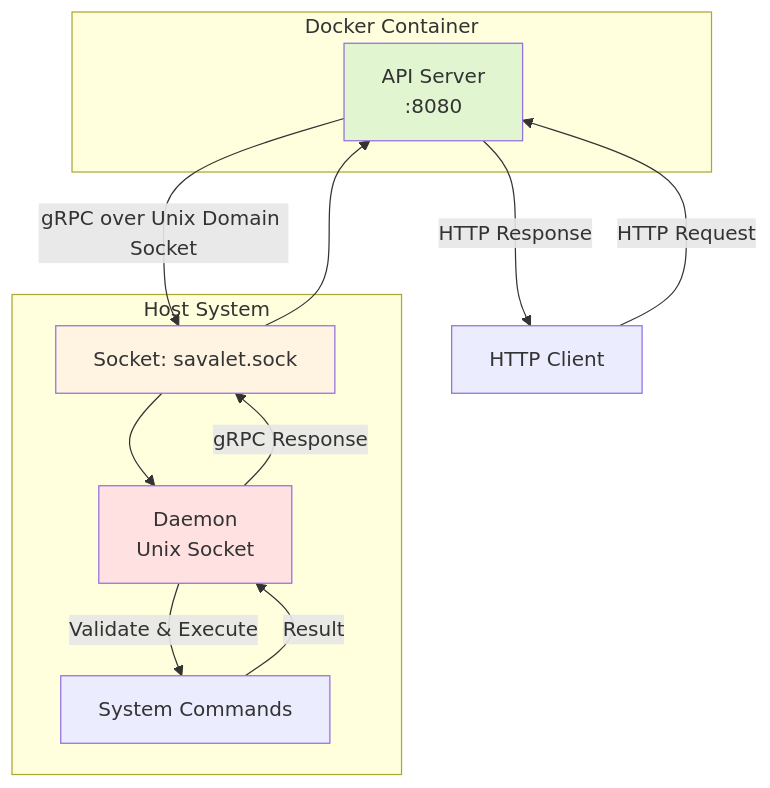
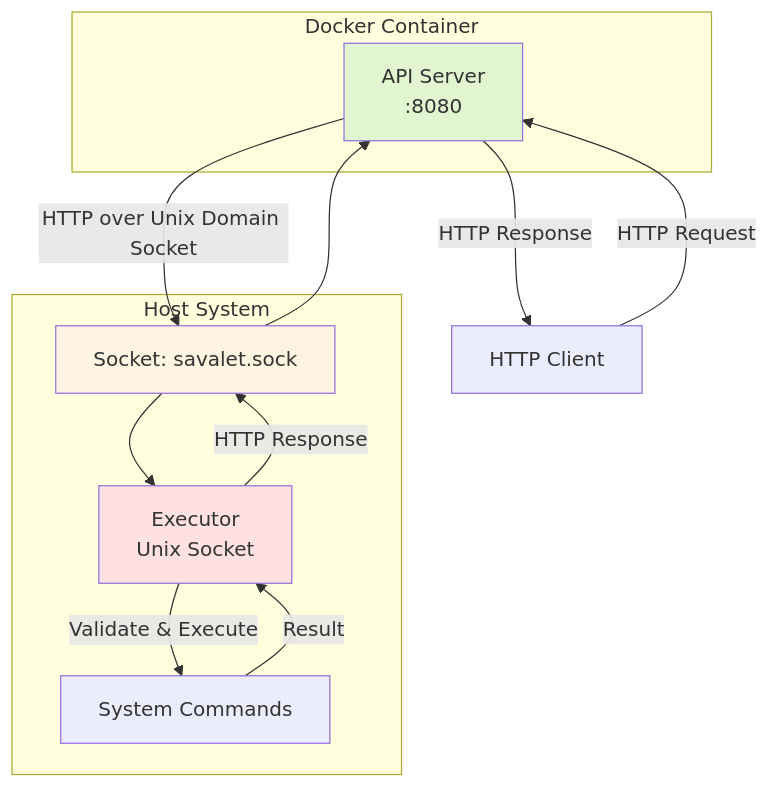
One commit to zinrai/savalet changed the diagram in README.md. Above: the diagram before and after it, drawn with Mermaid. The commit also changed other lines of this file and 21 other files, not shown here.

Commit message:
Replace gRPC with HTTP/JSON over Unix domain socket

````diff
--- a/README.md
+++ b/README.md
@@ -24,25 +24,25 @@
 ```mermaid
 graph TB
     subgraph "Docker Container"
         API[API Server<br/>:8080]
     end
 
     subgraph "Host System"
-        Daemon[Daemon<br/>Unix Socket]
+        Executor[Executor<br/>Unix Socket]
         Socket[Socket: savalet.sock]
         Cmd[System Commands]
     end
 
     Client[HTTP Client] -->|HTTP Request| API
-    API -->|gRPC over Unix Domain Socket| Socket
-    Socket --> Daemon
-    Daemon -->|Validate & Execute| Cmd
-    Cmd -->|Result| Daemon
-    Daemon -->|gRPC Response| Socket
+    API -->|HTTP over Unix Domain Socket| Socket
+    Socket --> Executor
+    Executor -->|Validate & Execute| Cmd
+    Cmd -->|Result| Executor
+    Executor -->|HTTP Response| Socket
     Socket --> API
     API -->|HTTP Response| Client
 
     style API fill:#e1f5d1
-    style Daemon fill:#ffe1e1
+    style Executor fill:#ffe1e1
     style Socket fill:#fff4e1
 ```
````
